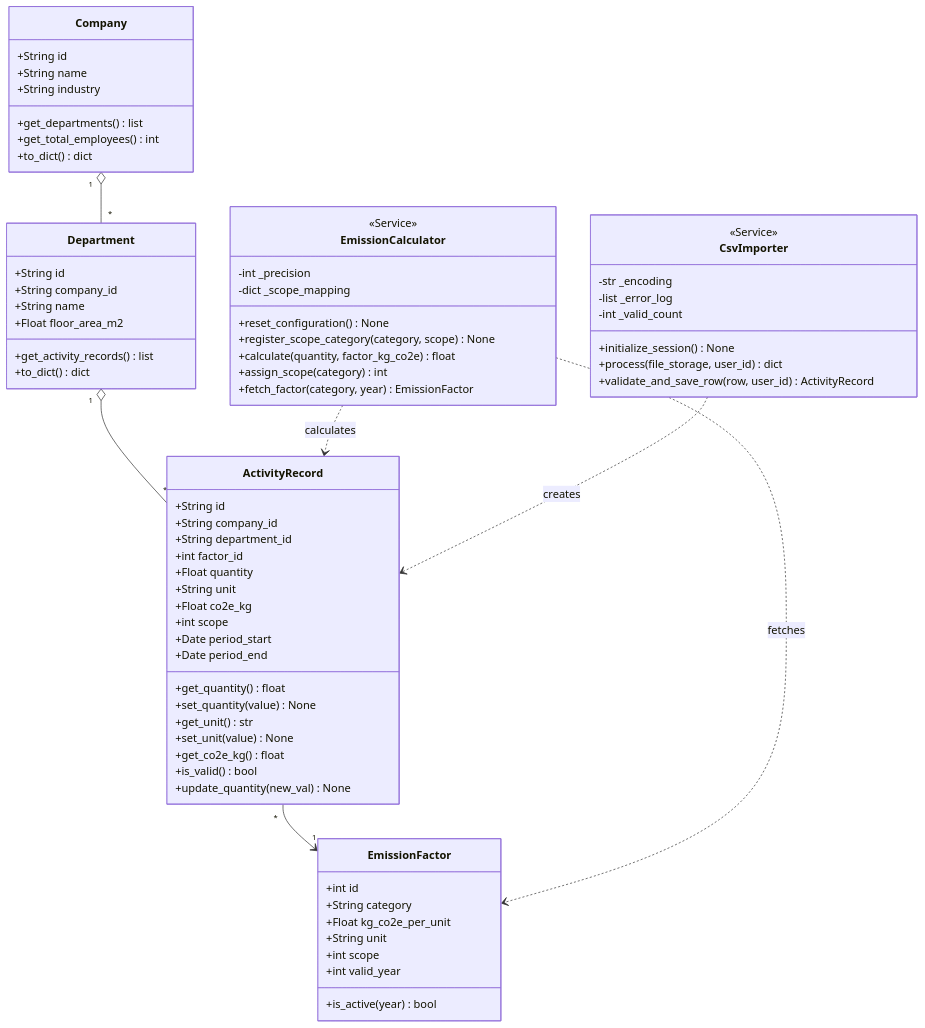
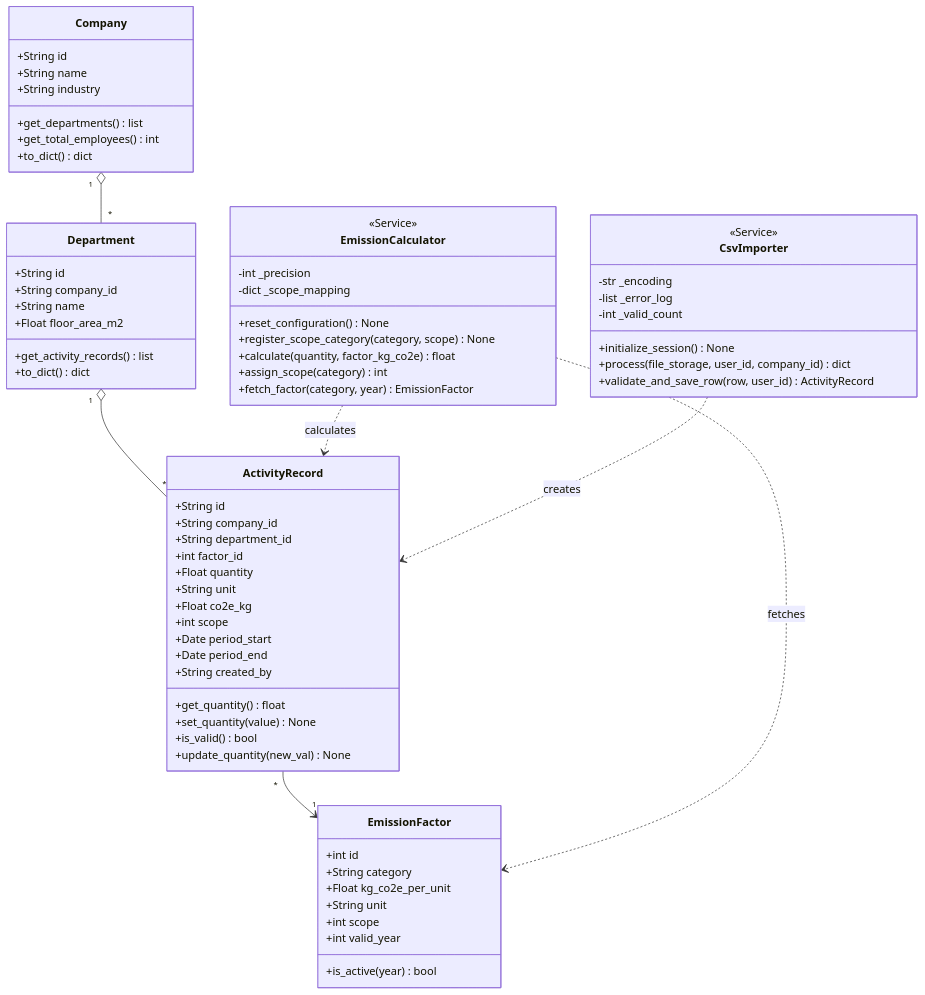
The first of 4 diagrams in README.md (M-AA-B/CPC-Python-Capstone-Project), drawn with Mermaid before and after one commit. The commit also changed other lines of this file and 17 other files, not shown here.

````diff
--- a/README.md
+++ b/README.md
@@ -39,78 +53,76 @@
 ```mermaid
 classDiagram
     class Company {
         +String id
         +String name
         +String industry
         +get_departments() list
         +get_total_employees() int
         +to_dict() dict
     }
 
     class Department {
         +String id
         +String company_id
         +String name
         +Float floor_area_m2
         +get_activity_records() list
         +to_dict() dict
     }
 
     class ActivityRecord {
         +String id
         +String company_id
         +String department_id
         +int factor_id
         +Float quantity
         +String unit
         +Float co2e_kg
         +int scope
         +Date period_start
         +Date period_end
+        +String created_by
         +get_quantity() float
         +set_quantity(value) None
-        +get_unit() str
-        +set_unit(value) None
-        +get_co2e_kg() float
         +is_valid() bool
         +update_quantity(new_val) None
     }
 
     class EmissionFactor {
         +int id
         +String category
         +Float kg_co2e_per_unit
         +String unit
         +int scope
         +int valid_year
         +is_active(year) bool
     }
 
     class EmissionCalculator {
         <<Service>>
         -int _precision
         -dict _scope_mapping
         +reset_configuration() None
         +register_scope_category(category, scope) None
         +calculate(quantity, factor_kg_co2e) float
         +assign_scope(category) int
         +fetch_factor(category, year) EmissionFactor
     }
 
     class CsvImporter {
         <<Service>>
         -str _encoding
         -list _error_log
         -int _valid_count
         +initialize_session() None
-        +process(file_storage, user_id) dict
+        +process(file_storage, user_id, company_id) dict
         +validate_and_save_row(row, user_id) ActivityRecord
     }
 
     Company "1" o-- "*" Department
     Department "1" o-- "*" ActivityRecord
     ActivityRecord "*" --> "1" EmissionFactor
     EmissionCalculator ..> ActivityRecord : calculates
     EmissionCalculator ..> EmissionFactor : fetches
     CsvImporter ..> ActivityRecord : creates
 ```
````
